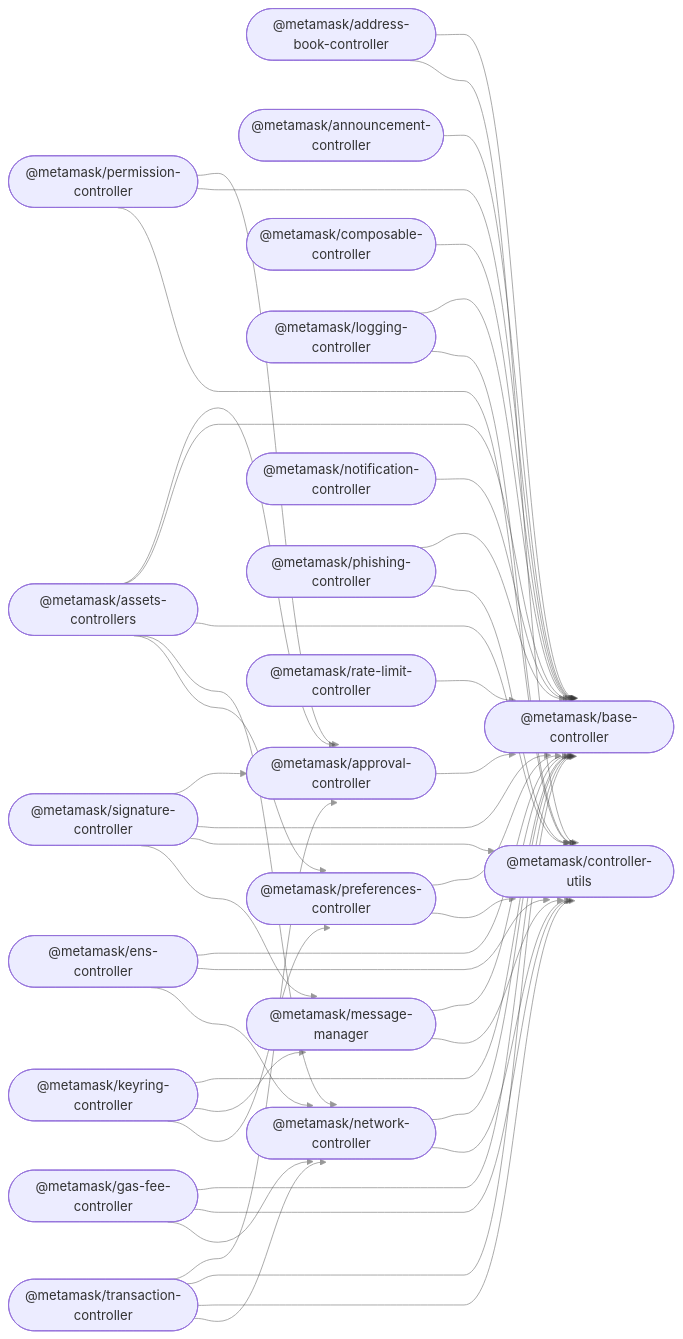
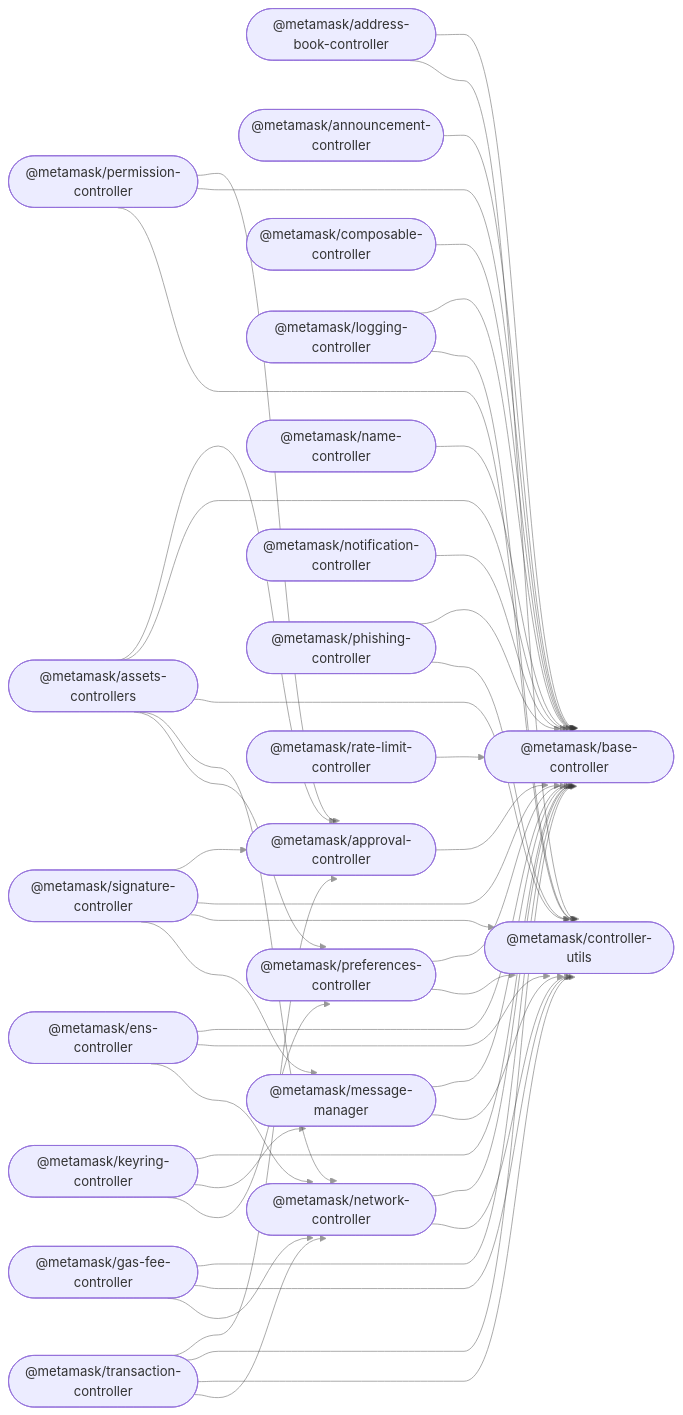
The diagram in README.md (MetaMask/core), drawn with Mermaid before and after one commit. The commit also changed other lines of this file, not shown here.

Commit message:
Add name controller to dependency graph

````diff
--- a/README.md
+++ b/README.md
@@ -33,67 +34,69 @@
 ```mermaid
 %%{ init: { 'flowchart': { 'curve': 'bumpX' } } }%%
 graph LR;
 linkStyle default opacity:0.5
   address_book_controller(["@metamask/address-book-controller"]);
   announcement_controller(["@metamask/announcement-controller"]);
   approval_controller(["@metamask/approval-controller"]);
   assets_controllers(["@metamask/assets-controllers"]);
   base_controller(["@metamask/base-controller"]);
   composable_controller(["@metamask/composable-controller"]);
   controller_utils(["@metamask/controller-utils"]);
   ens_controller(["@metamask/ens-controller"]);
   gas_fee_controller(["@metamask/gas-fee-controller"]);
   keyring_controller(["@metamask/keyring-controller"]);
   logging_controller(["@metamask/logging-controller"]);
   message_manager(["@metamask/message-manager"]);
+  name_controller(["@metamask/name-controller"]);
   network_controller(["@metamask/network-controller"]);
   notification_controller(["@metamask/notification-controller"]);
   permission_controller(["@metamask/permission-controller"]);
   phishing_controller(["@metamask/phishing-controller"]);
   preferences_controller(["@metamask/preferences-controller"]);
   rate_limit_controller(["@metamask/rate-limit-controller"]);
   signature_controller(["@metamask/signature-controller"]);
   transaction_controller(["@metamask/transaction-controller"]);
   address_book_controller --> base_controller;
   address_book_controller --> controller_utils;
   announcement_controller --> base_controller;
   approval_controller --> base_controller;
   assets_controllers --> approval_controller;
   assets_controllers --> base_controller;
   assets_controllers --> controller_utils;
   assets_controllers --> network_controller;
   assets_controllers --> preferences_controller;
   composable_controller --> base_controller;
   ens_controller --> base_controller;
   ens_controller --> controller_utils;
   ens_controller --> network_controller;
   gas_fee_controller --> base_controller;
   gas_fee_controller --> controller_utils;
   gas_fee_controller --> network_controller;
   keyring_controller --> base_controller;
   keyring_controller --> message_manager;
   keyring_controller --> preferences_controller;
   logging_controller --> base_controller;
   logging_controller --> controller_utils;
   message_manager --> base_controller;
   message_manager --> controller_utils;
+  name_controller --> base_controller;
   network_controller --> base_controller;
   network_controller --> controller_utils;
   notification_controller --> base_controller;
   permission_controller --> approval_controller;
   permission_controller --> base_controller;
   permission_controller --> controller_utils;
   phishing_controller --> base_controller;
   phishing_controller --> controller_utils;
   preferences_controller --> base_controller;
   preferences_controller --> controller_utils;
   rate_limit_controller --> base_controller;
   signature_controller --> approval_controller;
   signature_controller --> base_controller;
   signature_controller --> controller_utils;
   signature_controller --> message_manager;
   transaction_controller --> approval_controller;
   transaction_controller --> base_controller;
   transaction_controller --> controller_utils;
   transaction_controller --> network_controller;
 ```
````
